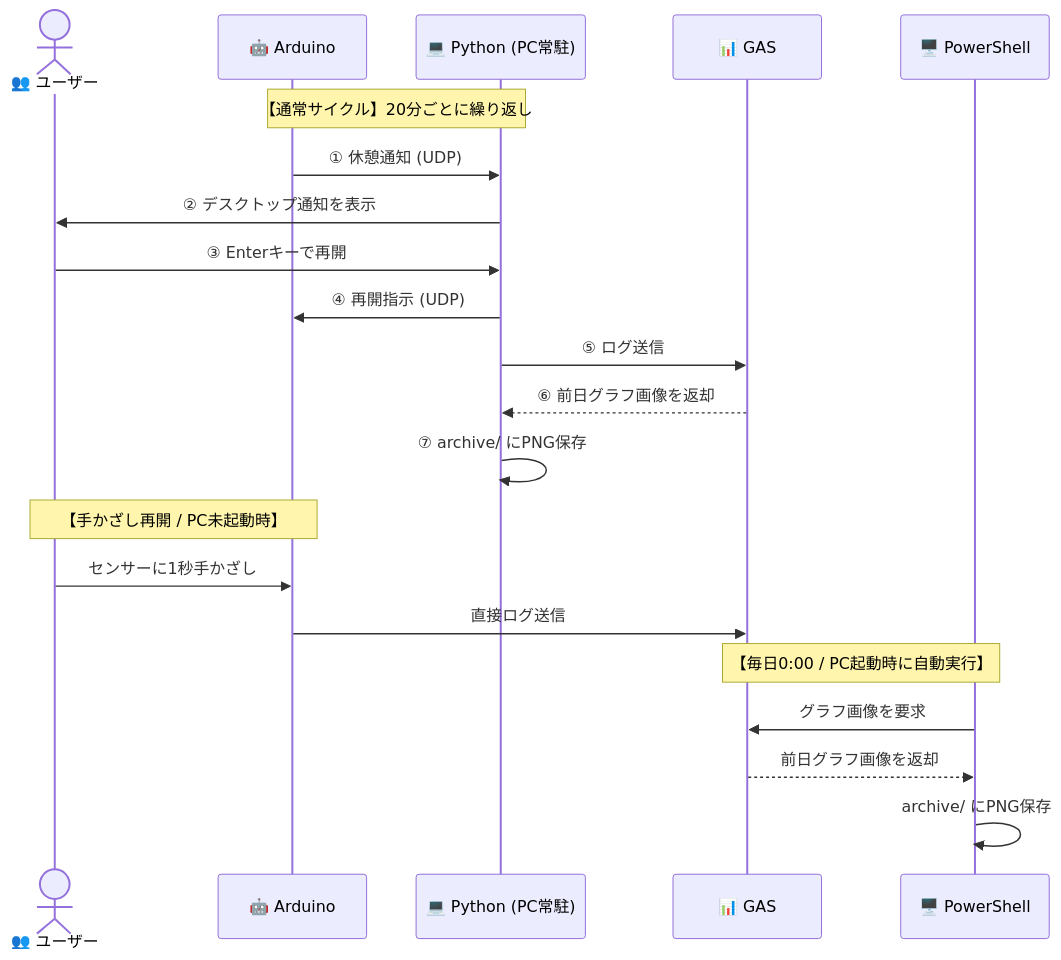
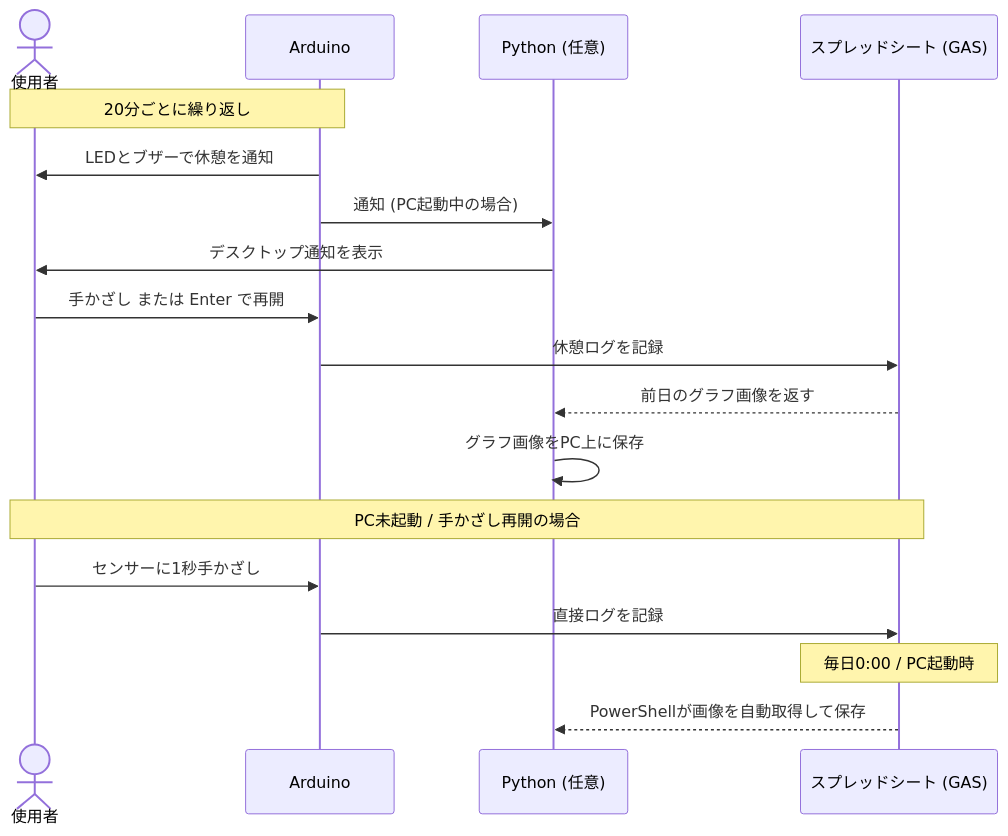
The diagram in readme.md (sora24sky/project-eye), drawn with Mermaid before and after one commit. The commit also changed other lines of this file, not shown here.

````diff
--- a/readme.md
+++ b/readme.md
@@ -38,26 +38,23 @@
 ```mermaid
 sequenceDiagram
-    actor User as 👥 ユーザー
-    participant A as 🤖 Arduino
-    participant P as 💻 Python (PC常駐)
-    participant G as 📊 GAS
-    participant PS as 🖥️ PowerShell
+    actor U as 使用者
+    participant A as Arduino
+    participant P as Python (任意)
+    participant G as スプレッドシート (GAS)
 
-    Note over A,P: 【通常サイクル】20分ごとに繰り返し
-    A->>P: ① 休憩通知 (UDP)
-    P->>User: ② デスクトップ通知を表示
-    User->>P: ③ Enterキーで再開
-    P->>A: ④ 再開指示 (UDP)
-    P->>G: ⑤ ログ送信
-    G-->>P: ⑥ 前日グラフ画像を返却
-    P->>P: ⑦ archive/ にPNG保存
+    Note over U,A: 20分ごとに繰り返し
+    A->>U: LEDとブザーで休憩を通知
+    A->>P: 通知 (PC起動中の場合)
+    P->>U: デスクトップ通知を表示
+    U->>A: 手かざし または Enter で再開
+    A->>G: 休憩ログを記録
+    G-->>P: 前日のグラフ画像を返す
+    P->>P: グラフ画像をPC上に保存
 
-    Note over User,A: 【手かざし再開 / PC未起動時】
-    User->>A: センサーに1秒手かざし
-    A->>G: 直接ログ送信
+    Note over U,G: PC未起動 / 手かざし再開の場合
+    U->>A: センサーに1秒手かざし
+    A->>G: 直接ログを記録
 
-    Note over PS,G: 【毎日0:00 / PC起動時に自動実行】
-    PS->>G: グラフ画像を要求
-    G-->>PS: 前日グラフ画像を返却
-    PS->>PS: archive/ にPNG保存
+    Note over G: 毎日0:00 / PC起動時
+    G-->>P: PowerShellが画像を自動取得して保存
 ```
````
